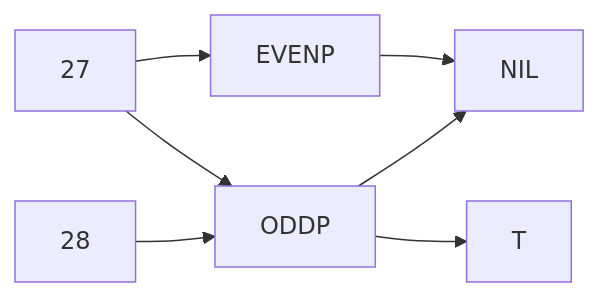
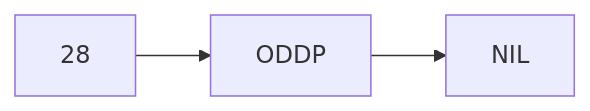
The sixth of 9 diagrams in docs/devcommonlisplab/functions-and-data.md (bahyway/DevCommonLispLAB), drawn with Mermaid before and after one commit. The commit also changed other lines of this file, not shown here.

````diff
--- a/docs/devcommonlisplab/functions-and-data.md
+++ b/docs/devcommonlisplab/functions-and-data.md
@@ -74,11 +74,7 @@
 ```mermaid
 
 flowchart LR
 28 --> ODDP 
 ODDP --> NIL
-27 --> ODDP 
-ODDP --> T
-27 --> EVENP 
-EVENP --> NIL
 
 ```
````
